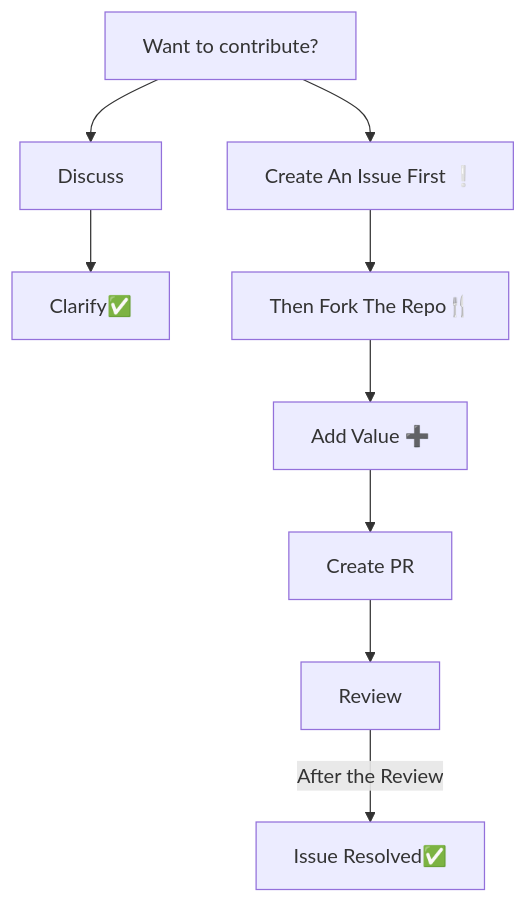
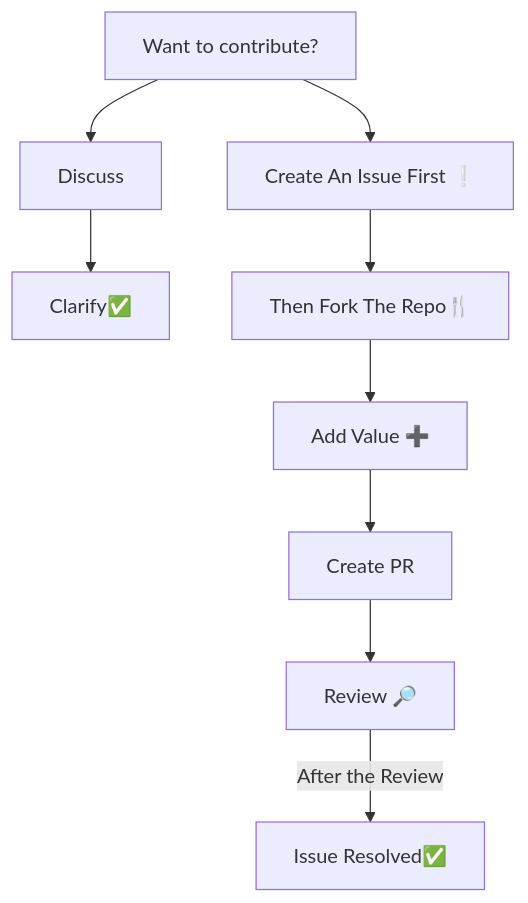
Before and after one commit to PragadeeshM1608/Discrete-Mathematics-and-Its-Applications: the diagram in CONTRIBUTING.md, drawn with Mermaid.

````diff
--- a/CONTRIBUTING.md
+++ b/CONTRIBUTING.md
@@ -16,8 +16,8 @@
 ```mermaid
 graph TD
 Contribute[Want to contribute?]
 Contribute --> Discuss --> clarify[Clarify✅]
 Contribute --> Issue[Create An Issue First ❕] --> Fork[Then Fork The Repo🍴] --> Value[Add Value ➕] --> Pr[Create PR]
- Pr --> Review
+ Pr --> Review[Review 🔎]
  Review -->|After the Review| Done[Issue Resolved✅]
 ``` 
````
